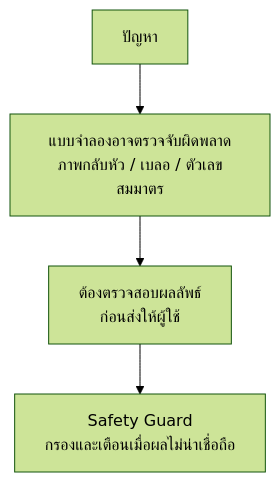
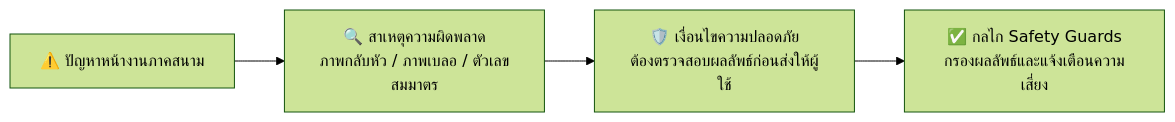
The fifth of 5 diagrams in TUTORIAL.md (jirathxz/meter-reader), drawn with Mermaid (forest theme) before and after one commit. The commit also changed other lines of this file, not shown here.

Commit message:
style(docs): update all diagrams to flowchart LR with 16:9 widescreen layout

````diff
--- a/TUTORIAL.md
+++ b/TUTORIAL.md
@@ -969,6 +948,6 @@
 ```mermaid
-flowchart TD
- A["ปัญหา"] --> B["แบบจำลองอาจตรวจจับผิดพลาด<br/>ภาพกลับหัว / เบลอ / ตัวเลขสมมาตร"]
- B --> C["ต้องตรวจสอบผลลัพธ์<br/>ก่อนส่งให้ผู้ใช้"]
- C --> D["Safety Guard<br/>กรองและเตือนเมื่อผลไม่น่าเชื่อถือ"]
+flowchart LR
+  A["⚠️ ปัญหาหน้างานภาคสนาม"] --> B["🔍 สาเหตุความผิดพลาด<br/>ภาพกลับหัว / ภาพเบลอ / ตัวเลขสมมาตร"]
+  B --> C["🛡️ เงื่อนไขความปลอดภัย<br/>ต้องตรวจสอบผลลัพธ์ก่อนส่งให้ผู้ใช้"]
+  C --> D["✅ กลไก Safety Guards<br/>กรองผลลัพธ์และแจ้งเตือนความเสี่ยง"]
 ```
````
